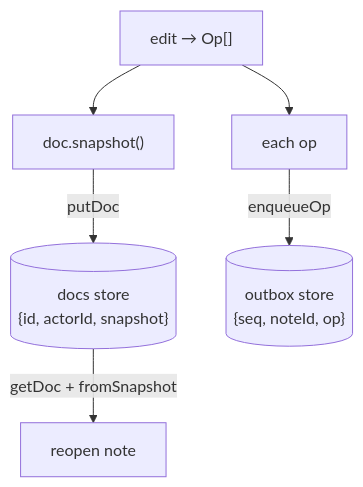
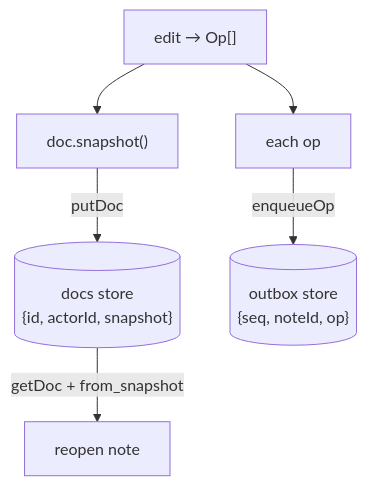
One commit to avetavos/realworld-offlinenotes changed the diagram in src/content/docs/en/wiring-wasm/persisting-ops.mdx. Above: the diagram before and after it, drawn with Mermaid. The commit also changed other lines of this file and 25 other files, not shown here.

````diff
--- a/src/content/docs/en/wiring-wasm/persisting-ops.mdx
+++ b/src/content/docs/en/wiring-wasm/persisting-ops.mdx
@@ -19,8 +19,8 @@
 ```mermaid
 flowchart TD
     Edit["edit → Op[]"] --> Snap["doc.snapshot()"]
     Edit --> Ops["each op"]
     Snap -->|"putDoc"| Docs[("docs store<br/>{id, actorId, snapshot}")]
     Ops -->|"enqueueOp"| Outbox[("outbox store<br/>{seq, noteId, op}")]
-    Docs -->|"getDoc + fromSnapshot"| Reload["reopen note"]
+    Docs -->|"getDoc + from_snapshot"| Reload["reopen note"]
 ```
````
